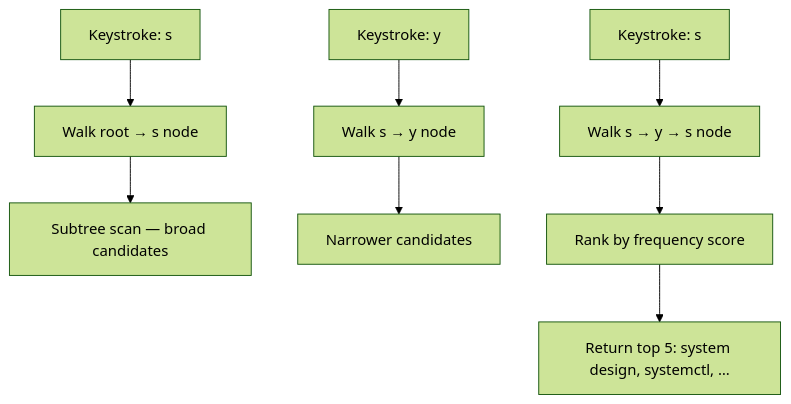
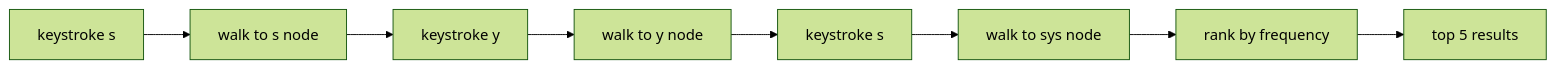
Before and after one commit to hareramcse/SystemDesign: the eighth of 15 diagrams in 13-advanced-topics/README.md, drawn with Mermaid (forest theme). The commit also changed other lines of this file, not shown here.

````diff
--- a/13-advanced-topics/README.md
+++ b/13-advanced-topics/README.md
@@ -1188,10 +1210,10 @@
 ```mermaid
-flowchart TB
-    K1[Keystroke: s] --> W1[Walk root → s node]
-    W1 --> S1[Subtree scan — broad candidates]
-    K2[Keystroke: y] --> W2[Walk s → y node]
-    W2 --> S2[Narrower candidates]
-    K3[Keystroke: s] --> W3[Walk s → y → s node]
-    W3 --> Rank[Rank by frequency score]
-    Rank --> Top[Return top 5: system design, systemctl, …]
+flowchart LR
+    K1[keystroke s] --> W1[walk to s node]
+    W1 --> K2[keystroke y]
+    K2 --> W2[walk to y node]
+    W2 --> K3[keystroke s]
+    K3 --> W3[walk to sys node]
+    W3 --> Rank[rank by frequency]
+    Rank --> Top[top 5 results]
 ```
````
